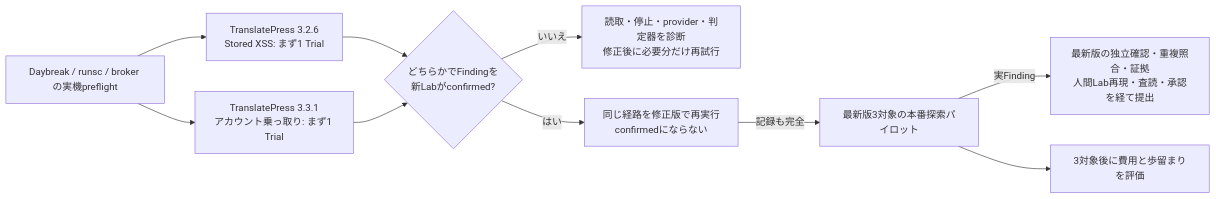
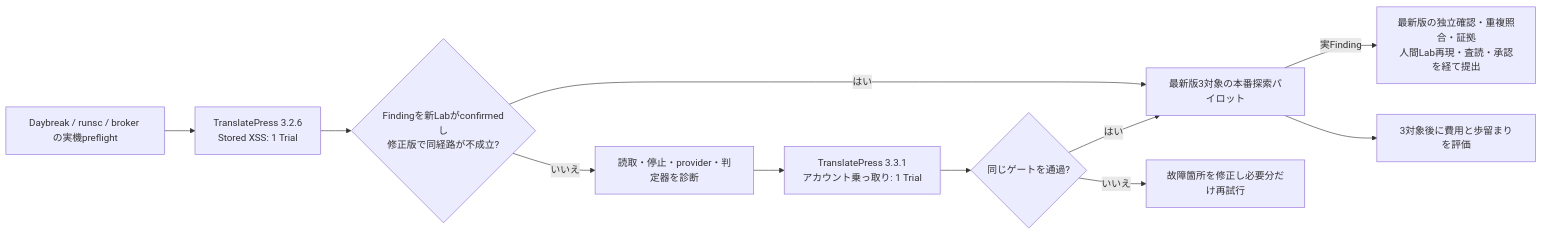
Before and after one commit to momoponwork1415-lgtm/wordpress-bounty-harness: the diagram in docs/TRANSLATEPRESS-BENCHMARK.md, drawn with Mermaid. The commit also changed other lines of this file and 6 other files, not shown here.

Commit message:
Stop TranslatePress benchmark once readiness is proven

````diff
--- a/docs/TRANSLATEPRESS-BENCHMARK.md
+++ b/docs/TRANSLATEPRESS-BENCHMARK.md
@@ -5,11 +5,13 @@
 ```mermaid
 flowchart LR
-  PRE[Daybreak / runsc / broker の実機preflight] --> T1[TranslatePress 3.2.6<br/>Stored XSS: まず1 Trial]
-  PRE --> T2[TranslatePress 3.3.1<br/>アカウント乗っ取り: まず1 Trial]
-  T1 & T2 --> E{どちらかでFindingを<br/>新Labがconfirmed?}
-  E -->|いいえ| DIAG[読取・停止・provider・判定器を診断<br/>修正後に必要分だけ再試行]
-  E -->|はい| NEG[同じ経路を修正版で再実行<br/>confirmedにならない]
-  NEG -->|記録も完全| PILOT[最新版3対象の本番探索パイロット]
+  PRE[Daybreak / runsc / broker の実機preflight] --> T1[TranslatePress 3.2.6<br/>Stored XSS: 1 Trial]
+  T1 --> E{Findingを新Labがconfirmedし<br/>修正版で同経路が不成立?}
+  E -->|はい| PILOT[最新版3対象の本番探索パイロット]
+  E -->|いいえ| DIAG[読取・停止・provider・判定器を診断]
+  DIAG --> T2[TranslatePress 3.3.1<br/>アカウント乗っ取り: 1 Trial]
+  T2 --> E2{同じゲートを通過?}
+  E2 -->|いいえ| FIX[故障箇所を修正し必要分だけ再試行]
+  E2 -->|はい| PILOT
   PILOT -->|実Finding| SUBMIT[最新版の独立確認・重複照合・証拠<br/>人間Lab再現・査読・承認を経て提出]
   PILOT --> REVIEW[3対象後に費用と歩留まりを評価]
 ```
````
